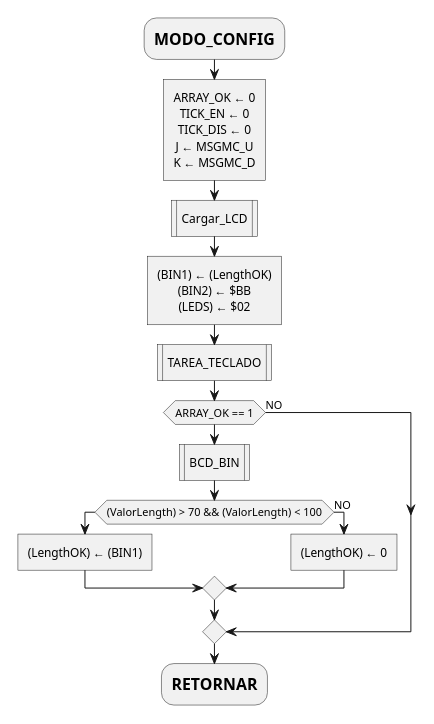
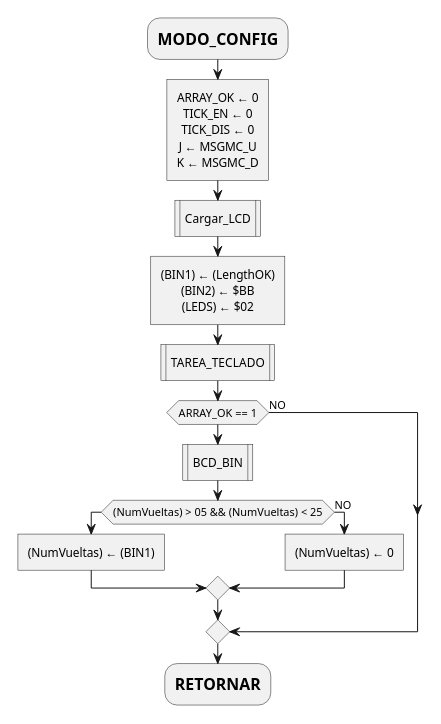
The fourth of 23 diagrams in report.md (mlndz28/pr-623), drawn with PlantUML before and after one commit. The commit also changed other lines of this file, not shown here.

Commit message:
docs: change flowcharts for new specifications

````diff
--- a/report.md
+++ b/report.md
@@ -214,28 +212,28 @@
 ```plantuml
 @startuml
 scale max 400 height
 skinparam monochrome true
 skinparam defaultTextAlignment center
 :=MODO_CONFIG;
 :ARRAY_OK ← 0
 TICK_EN ← 0
 TICK_DIS ← 0
 J ← MSGMC_U
 K ← MSGMC_D]
 :Cargar_LCD|
 :(BIN1) ← (LengthOK)
 (BIN2) ← $BB
 (LEDS) ← $02]
 :TAREA_TECLADO|
 if(ARRAY_OK == 1) then
   :BCD_BIN|
-  if((ValorLength) > 70 && (ValorLength) < 100) then
-    :(LengthOK) ← (BIN1)]
+  if((NumVueltas) > 05 && (NumVueltas) < 25) then
+    :(NumVueltas) ← (BIN1)]
   else (NO)
-      :(LengthOK) ← 0]
+      :(NumVueltas) ← 0]
   endif
 else (NO)
 endif
 :=RETORNAR;
 @enduml
 ```
````
